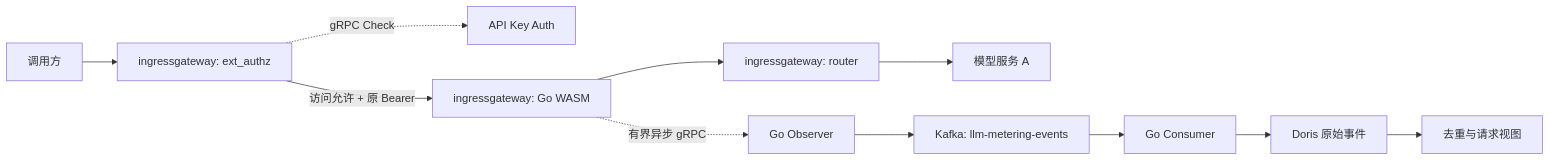
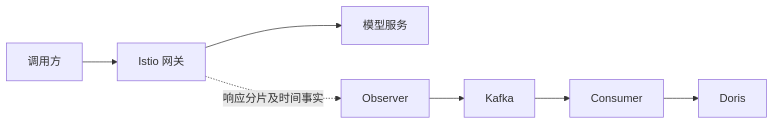
One commit to Fangyan33/llm-token-stats changed the diagram in docs/gateway-request-collection-implementation.md. Above: the diagram before and after it, drawn with Mermaid. The commit also changed other lines of this file and 60 other files, not shown here.

````diff
--- a/docs/gateway-request-collection-implementation.md
+++ b/docs/gateway-request-collection-implementation.md
@@ -50,13 +17,9 @@
 ```mermaid
 flowchart LR
-    C[调用方] --> X[ingressgateway: ext_authz]
-    X -. gRPC Check .-> H[API Key Auth]
-    X -->|访问允许 + 原 Bearer| W[ingressgateway: Go WASM]
-    W --> R[ingressgateway: router]
-    R --> A[模型服务 A]
-    W -. 有界异步 gRPC .-> O[Go Observer]
-    O --> K[Kafka: llm-metering-events]
-    K --> S[Go Consumer]
-    S --> D[Doris 原始事件]
-    D --> V[去重与请求视图]
+    C[调用方] --> G[Istio 网关]
+    G --> M[模型服务]
+    G -. 响应分片及时间事实 .-> O[Observer]
+    O --> K[Kafka]
+    K --> S[Consumer]
+    S --> D[Doris]
 ```
````
